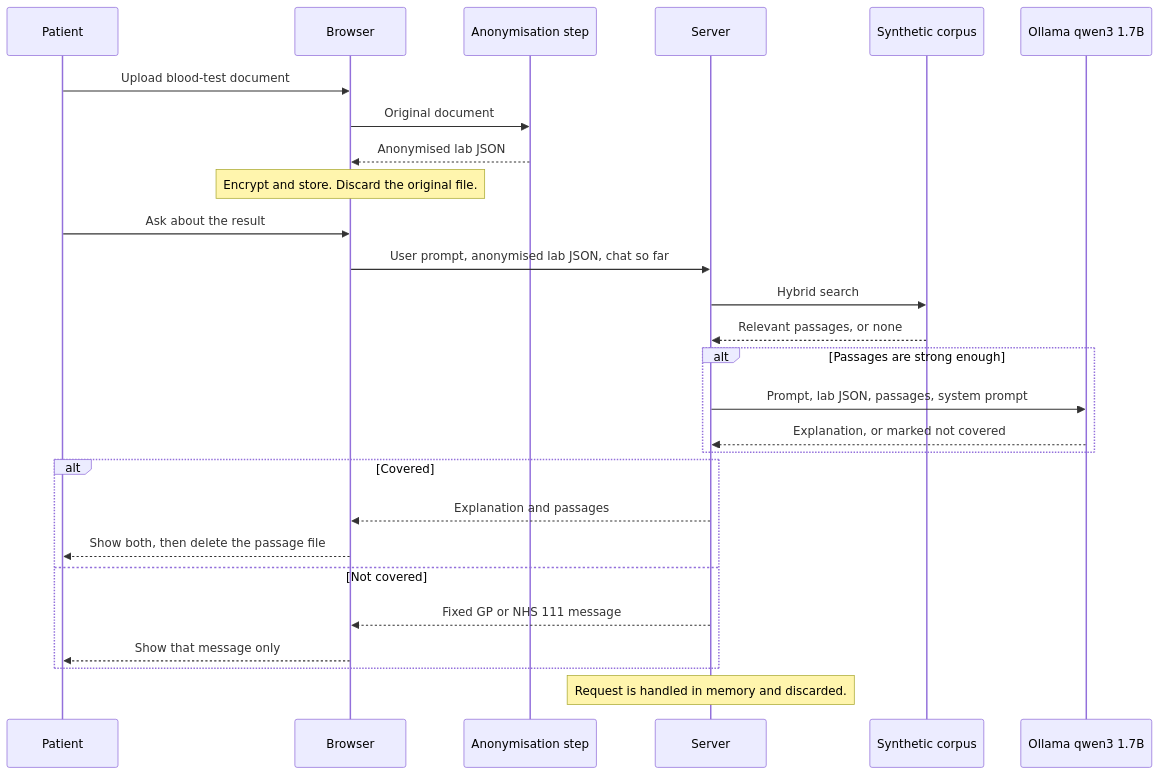
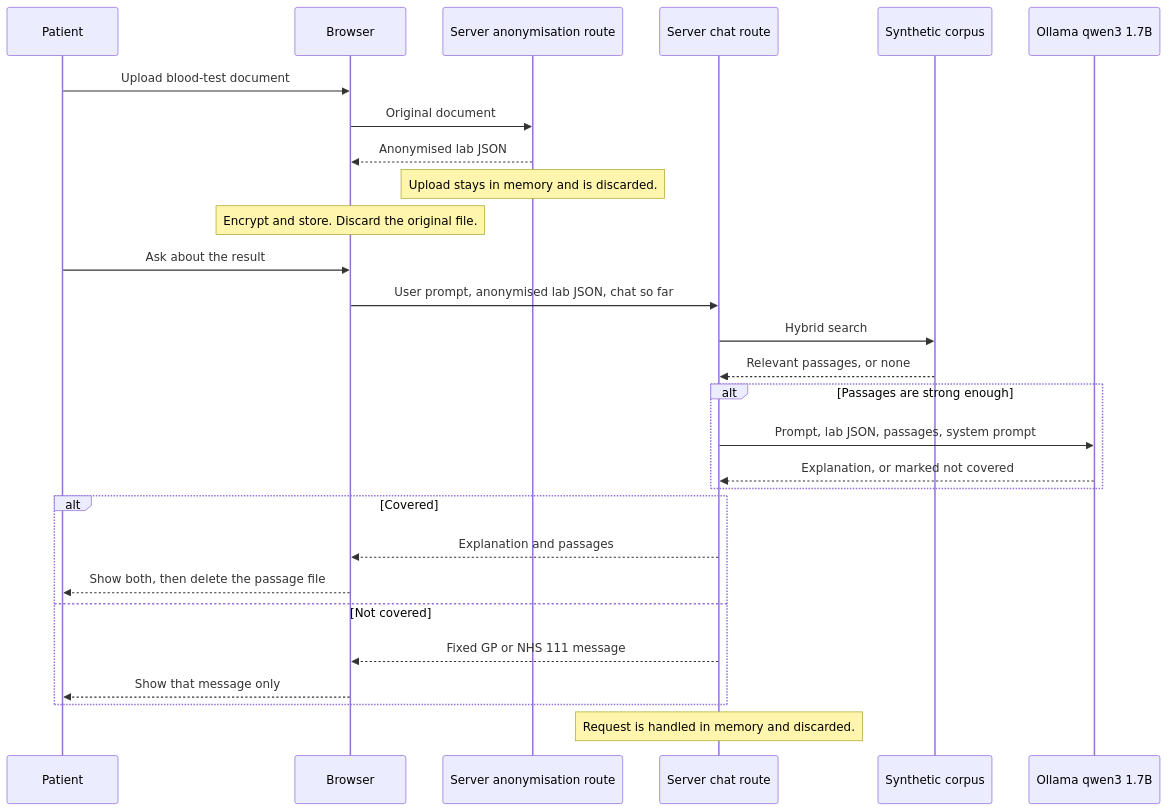
The second of 5 diagrams in README.md (ramy-glitch/CarePath_AI), drawn with Mermaid before and after one commit. The commit also changed other lines of this file and 18 other files, not shown here.

````diff
--- a/README.md
+++ b/README.md
@@ -64,31 +63,32 @@
 ```mermaid
 sequenceDiagram
   participant Patient
   participant Browser
-  participant Redaction as Anonymisation step
-  participant Server
+  participant Anon as Server anonymisation route
+  participant Chat as Server chat route
   participant Corpus as Synthetic corpus
   participant Ollama as Ollama qwen3 1.7B
 
   Patient->>Browser: Upload blood-test document
-  Browser->>Redaction: Original document
-  Redaction-->>Browser: Anonymised lab JSON
+  Browser->>Anon: Original document
+  Anon-->>Browser: Anonymised lab JSON
+  Note over Anon: Upload stays in memory and is discarded.
   Note over Browser: Encrypt and store. Discard the original file.
 
   Patient->>Browser: Ask about the result
-  Browser->>Server: User prompt, anonymised lab JSON, chat so far
-  Server->>Corpus: Hybrid search
-  Corpus-->>Server: Relevant passages, or none
+  Browser->>Chat: User prompt, anonymised lab JSON, chat so far
+  Chat->>Corpus: Hybrid search
+  Corpus-->>Chat: Relevant passages, or none
   alt Passages are strong enough
-    Server->>Ollama: Prompt, lab JSON, passages, system prompt
-    Ollama-->>Server: Explanation, or marked not covered
+    Chat->>Ollama: Prompt, lab JSON, passages, system prompt
+    Ollama-->>Chat: Explanation, or marked not covered
   end
   alt Covered
-    Server-->>Browser: Explanation and passages
+    Chat-->>Browser: Explanation and passages
     Browser-->>Patient: Show both, then delete the passage file
   else Not covered
-    Server-->>Browser: Fixed GP or NHS 111 message
+    Chat-->>Browser: Fixed GP or NHS 111 message
     Browser-->>Patient: Show that message only
   end
-  Note over Server: Request is handled in memory and discarded.
+  Note over Chat: Request is handled in memory and discarded.
 ```
````
